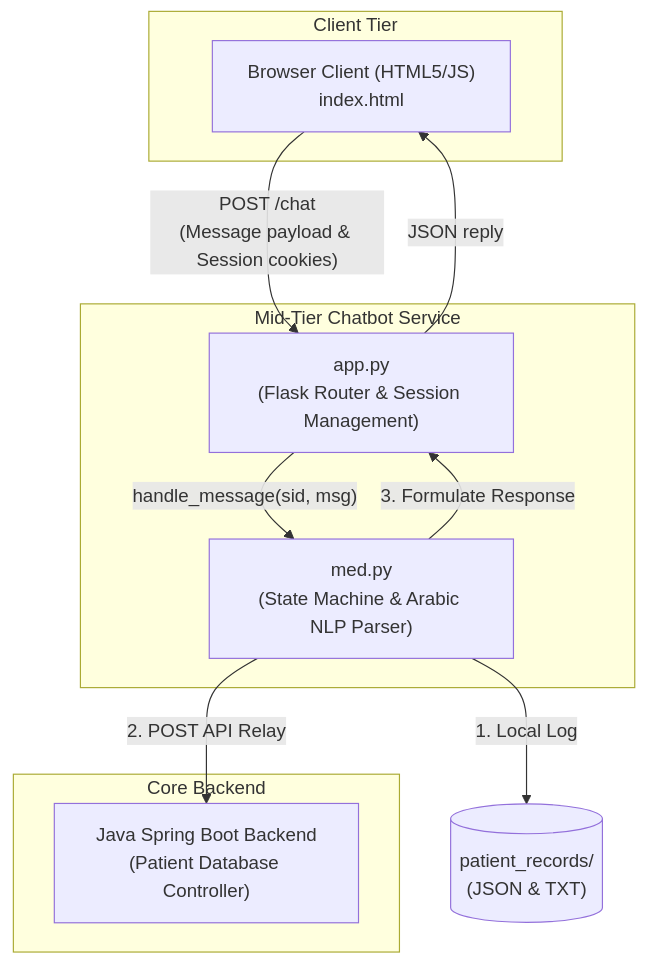
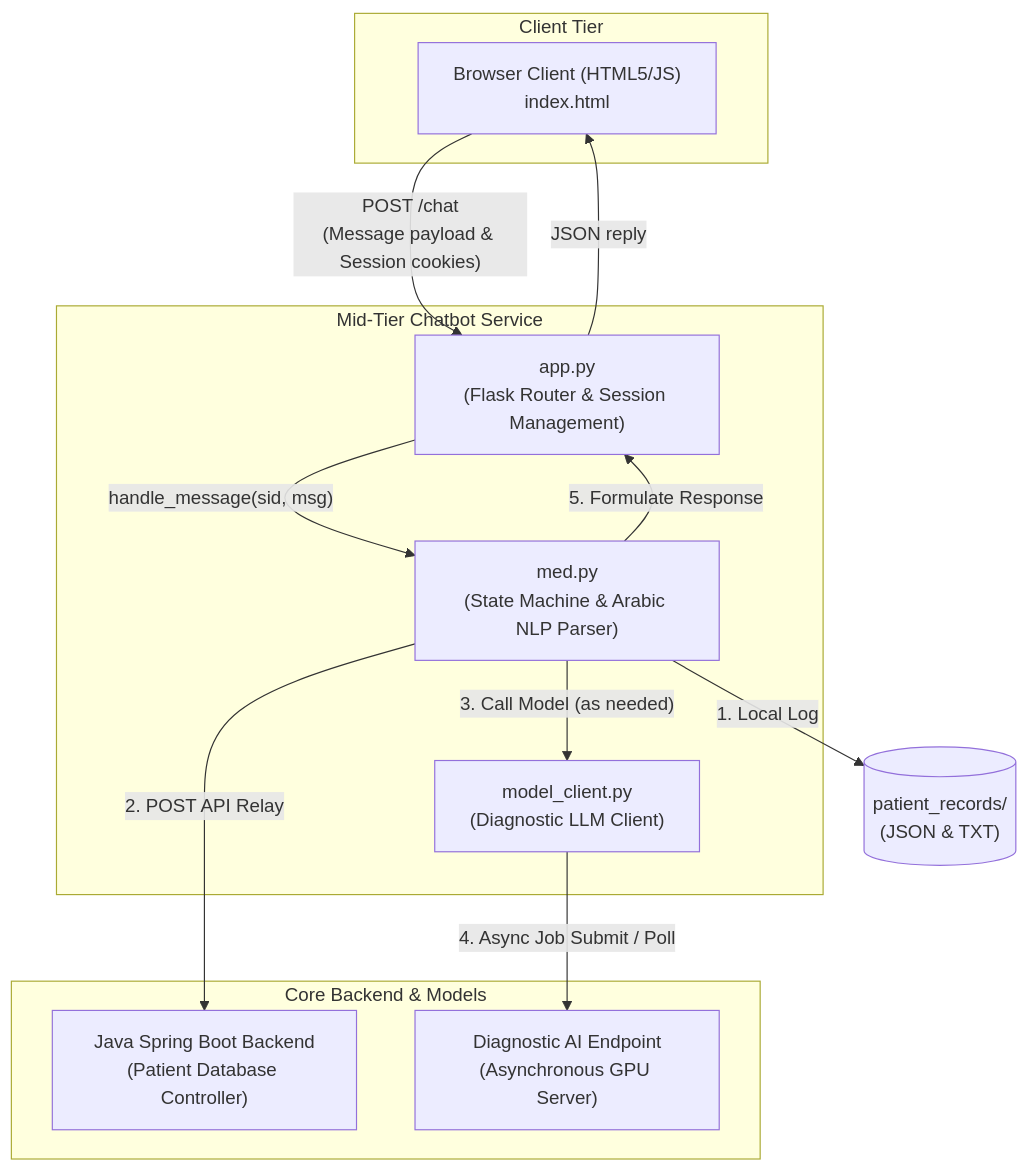
Before and after one commit to Nabda-Project/Chatbot: the diagram in README.md, drawn with Mermaid. The commit also changed other lines of this file, not shown here.

````diff
--- a/README.md
+++ b/README.md
@@ -46,22 +52,26 @@
 ```mermaid
 graph TD
     subgraph Client [Client Tier]
         A["Browser Client (HTML5/JS)<br/>index.html"] 
     end
 
     subgraph Mid [Mid-Tier Chatbot Service]
         B["app.py<br/>(Flask Router & Session Management)"]
         C["med.py<br/>(State Machine & Arabic NLP Parser)"]
+        F["model_client.py<br/>(Diagnostic LLM Client)"]
     end
 
-    subgraph Core [Core Backend]
+    subgraph Core [Core Backend & Models]
         D["Java Spring Boot Backend<br/>(Patient Database Controller)"]
+        E["Diagnostic AI Endpoint<br/>(Asynchronous GPU Server)"]
     end
 
     A -->|"POST /chat<br/>(Message payload & Session cookies)"| B
     B -->|"handle_message(sid, msg)"| C
-    C -->|"1. Local Log"| E[("patient_records/<br/>(JSON & TXT)")]
+    C -->|"1. Local Log"| G[("patient_records/<br/>(JSON & TXT)")]
     C -->|"2. POST API Relay"| D
-    C -->|"3. Formulate Response"| B
+    C -->|"3. Call Model (as needed)"| F
+    F -->|"4. Async Job Submit / Poll"| E
+    C -->|"5. Formulate Response"| B
     B -->|"JSON reply"| A
 ```
````
